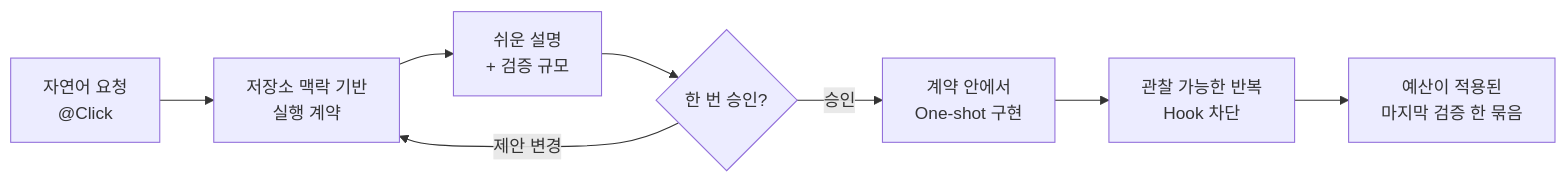
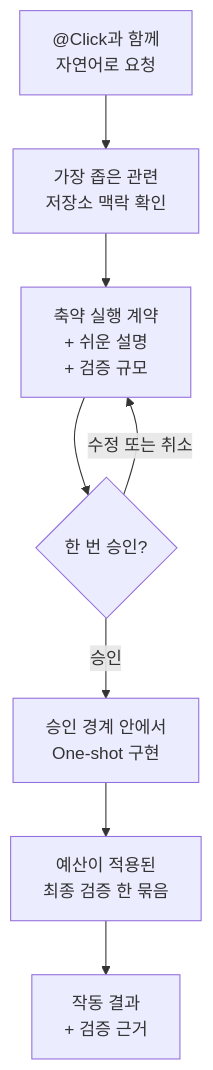
Before and after one commit to grapefruit0205/build-brief: the diagram in README.ko.md, drawn with Mermaid. The commit also changed other lines of this file and 1 other file, not shown here.

````diff
--- a/README.ko.md
+++ b/README.ko.md
@@ -22,10 +49,10 @@
 ```mermaid
-flowchart LR
-    A["자연어 요청<br/>@Click"] --> B["저장소 맥락 기반<br/>실행 계약"]
-    B --> C["쉬운 설명<br/>+ 검증 규모"]
+flowchart TB
+    A["@Click과 함께<br/>자연어로 요청"] --> B["가장 좁은 관련<br/>저장소 맥락 확인"]
+    B --> C["축약 실행 계약<br/>+ 쉬운 설명<br/>+ 검증 규모"]
     C --> D{"한 번 승인?"}
-    D -->|승인| E["계약 안에서<br/>One-shot 구현"]
-    E --> G["관찰 가능한 반복<br/>Hook 차단"]
-    G --> F["예산이 적용된<br/>마지막 검증 한 묶음"]
-    D -->|제안 변경| B
+    D -->|수정 또는 취소| C
+    D -->|승인| E["승인 경계 안에서<br/>One-shot 구현"]
+    E --> F["예산이 적용된<br/>최종 검증 한 묶음"]
+    F --> G["작동 결과<br/>+ 검증 근거"]
 ```
````
